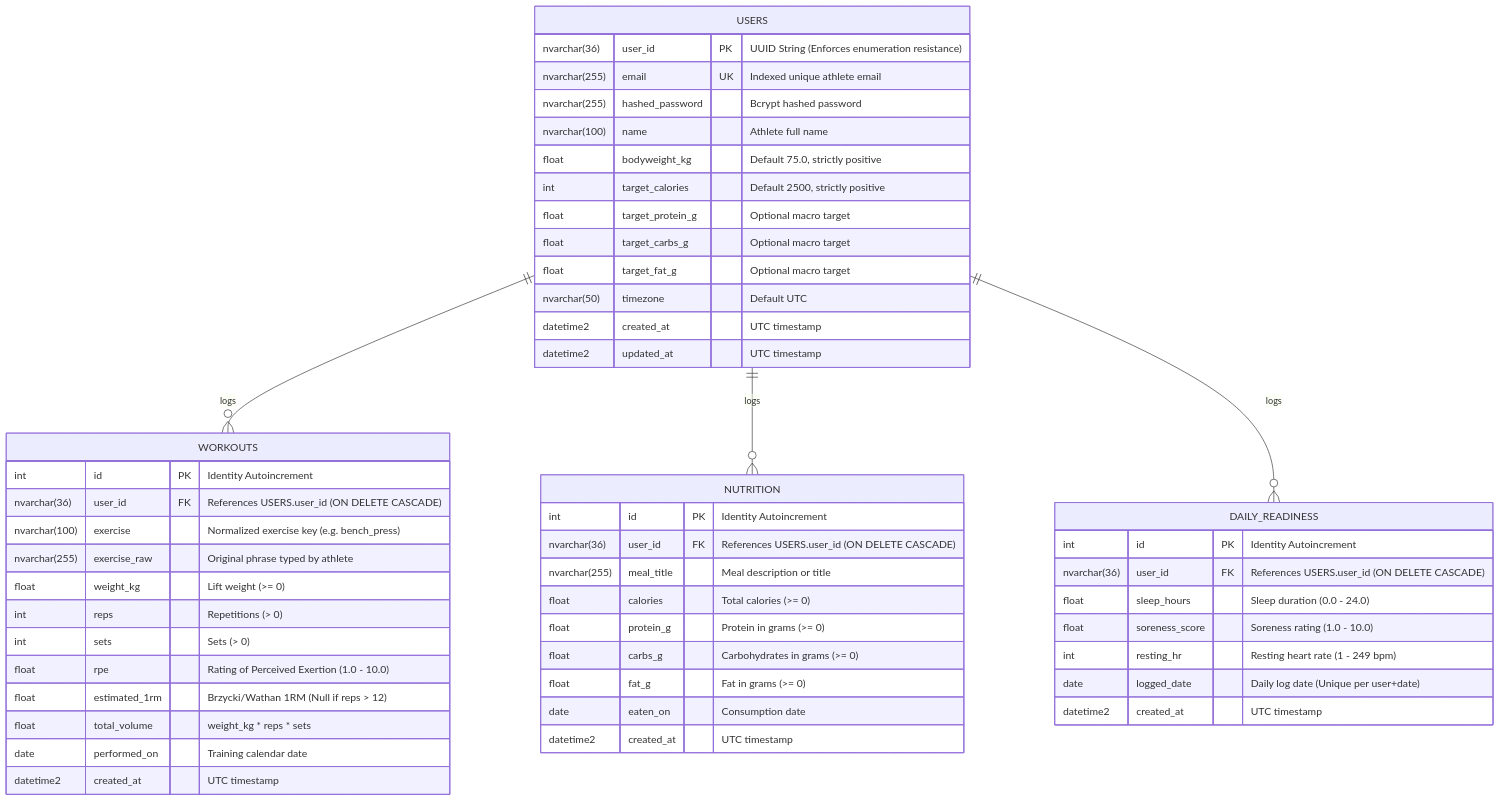
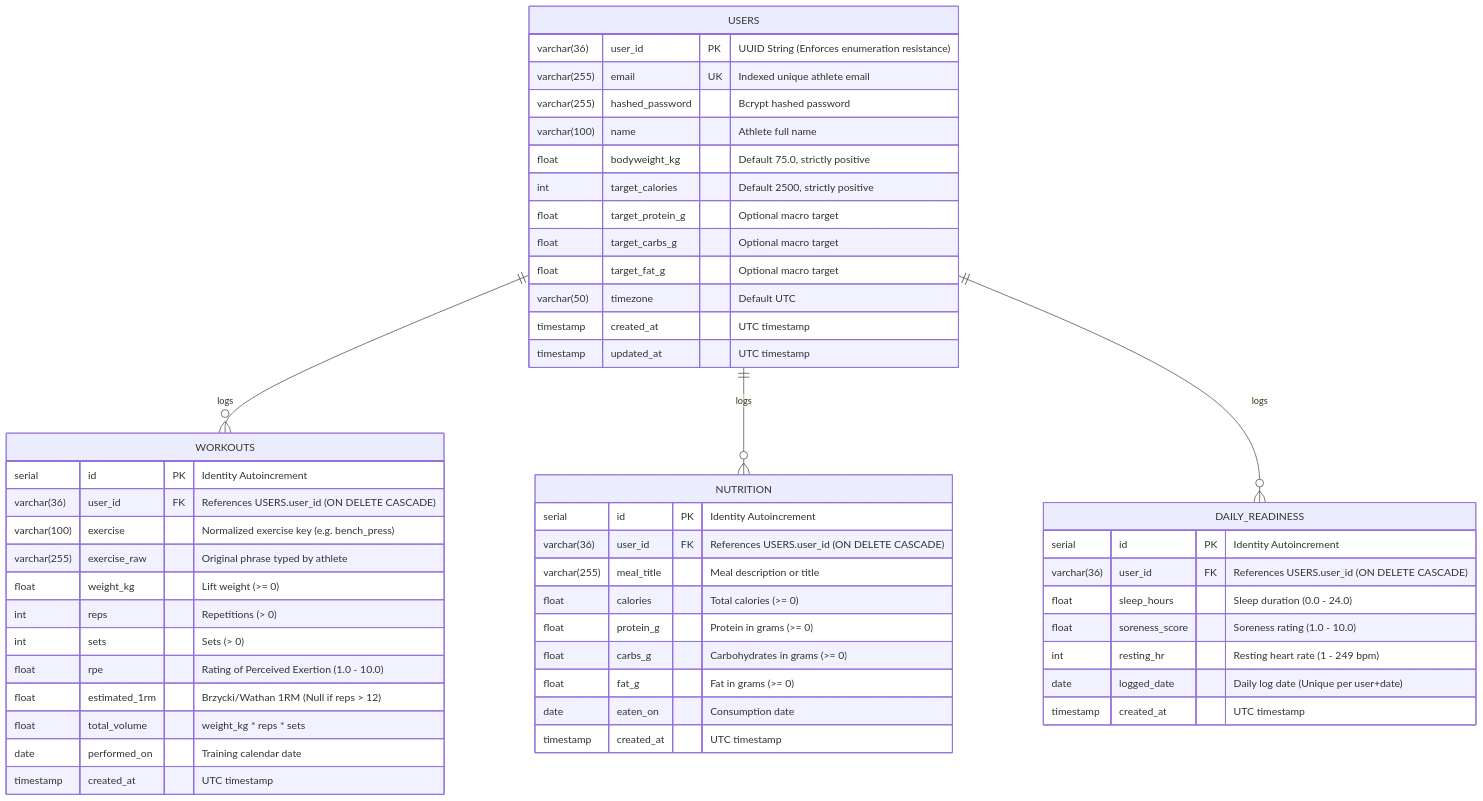
The fourth of 4 diagrams in docs/ARCHITECTURE.md (souvikbhattacharya729-sketch/MyFitSync), drawn with Mermaid before and after one commit. The commit also changed other lines of this file and 29 other files, not shown here.

````diff
--- a/docs/ARCHITECTURE.md
+++ b/docs/ARCHITECTURE.md
@@ -140,58 +140,58 @@
 ```mermaid
 erDiagram
     USERS ||--o{ WORKOUTS : "logs"
     USERS ||--o{ NUTRITION : "logs"
     USERS ||--o{ DAILY_READINESS : "logs"
 
     USERS {
-        nvarchar(36) user_id PK "UUID String (Enforces enumeration resistance)"
-        nvarchar(255) email UK "Indexed unique athlete email"
-        nvarchar(255) hashed_password "Bcrypt hashed password"
-        nvarchar(100) name "Athlete full name"
+        varchar(36) user_id PK "UUID String (Enforces enumeration resistance)"
+        varchar(255) email UK "Indexed unique athlete email"
+        varchar(255) hashed_password "Bcrypt hashed password"
+        varchar(100) name "Athlete full name"
         float bodyweight_kg "Default 75.0, strictly positive"
         int target_calories "Default 2500, strictly positive"
         float target_protein_g "Optional macro target"
         float target_carbs_g "Optional macro target"
         float target_fat_g "Optional macro target"
-        nvarchar(50) timezone "Default UTC"
-        datetime2 created_at "UTC timestamp"
-        datetime2 updated_at "UTC timestamp"
+        varchar(50) timezone "Default UTC"
+        timestamp created_at "UTC timestamp"
+        timestamp updated_at "UTC timestamp"
     }
 
     WORKOUTS {
-        int id PK "Identity Autoincrement"
-        nvarchar(36) user_id FK "References USERS.user_id (ON DELETE CASCADE)"
-        nvarchar(100) exercise "Normalized exercise key (e.g. bench_press)"
-        nvarchar(255) exercise_raw "Original phrase typed by athlete"
+        serial id PK "Identity Autoincrement"
+        varchar(36) user_id FK "References USERS.user_id (ON DELETE CASCADE)"
+        varchar(100) exercise "Normalized exercise key (e.g. bench_press)"
+        varchar(255) exercise_raw "Original phrase typed by athlete"
         float weight_kg "Lift weight (>= 0)"
         int reps "Repetitions (> 0)"
         int sets "Sets (> 0)"
         float rpe "Rating of Perceived Exertion (1.0 - 10.0)"
         float estimated_1rm "Brzycki/Wathan 1RM (Null if reps > 12)"
         float total_volume "weight_kg * reps * sets"
         date performed_on "Training calendar date"
-        datetime2 created_at "UTC timestamp"
+        timestamp created_at "UTC timestamp"
     }
 
     NUTRITION {
-        int id PK "Identity Autoincrement"
-        nvarchar(36) user_id FK "References USERS.user_id (ON DELETE CASCADE)"
-        nvarchar(255) meal_title "Meal description or title"
+        serial id PK "Identity Autoincrement"
+        varchar(36) user_id FK "References USERS.user_id (ON DELETE CASCADE)"
+        varchar(255) meal_title "Meal description or title"
         float calories "Total calories (>= 0)"
         float protein_g "Protein in grams (>= 0)"
         float carbs_g "Carbohydrates in grams (>= 0)"
         float fat_g "Fat in grams (>= 0)"
         date eaten_on "Consumption date"
-        datetime2 created_at "UTC timestamp"
+        timestamp created_at "UTC timestamp"
     }
 
     DAILY_READINESS {
-        int id PK "Identity Autoincrement"
-        nvarchar(36) user_id FK "References USERS.user_id (ON DELETE CASCADE)"
+        serial id PK "Identity Autoincrement"
+        varchar(36) user_id FK "References USERS.user_id (ON DELETE CASCADE)"
         float sleep_hours "Sleep duration (0.0 - 24.0)"
         float soreness_score "Soreness rating (1.0 - 10.0)"
         int resting_hr "Resting heart rate (1 - 249 bpm)"
         date logged_date "Daily log date (Unique per user+date)"
-        datetime2 created_at "UTC timestamp"
+        timestamp created_at "UTC timestamp"
     }
 ```
````
